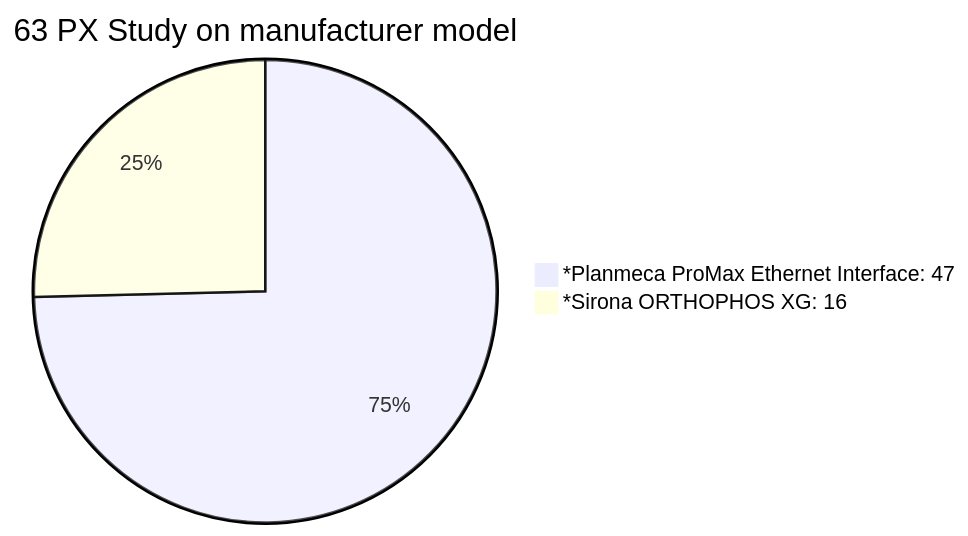
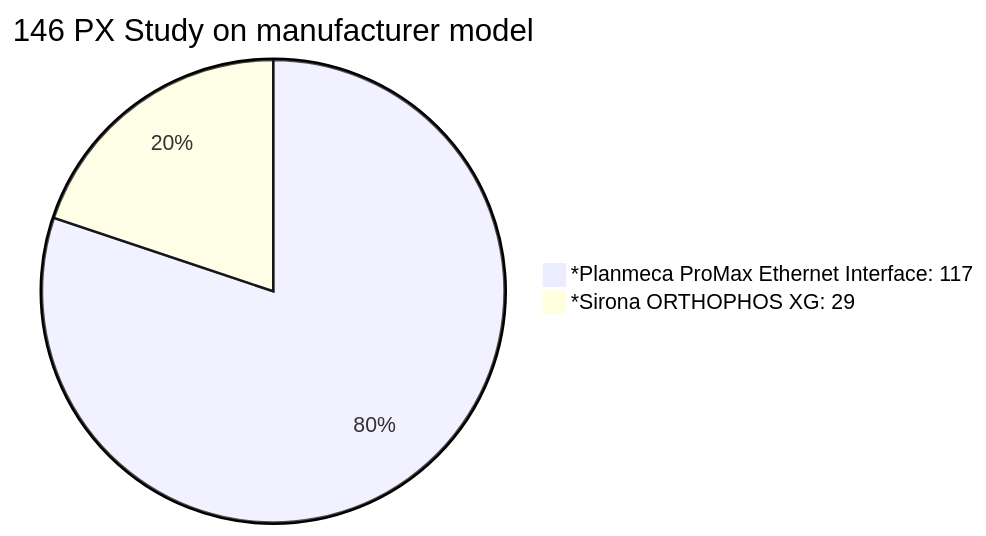
One commit to doidio/nonapx changed the third of 5 diagrams in SUMMARY.md. Above: the diagram before and after it, drawn with Mermaid. The commit also changed other lines of this file and 1 other file, not shown here.

Commit message:
chore: update modality distribution statistics and manufacturer model breakdown in SUMMARY.md

````diff
--- a/SUMMARY.md
+++ b/SUMMARY.md
@@ -37,5 +37,5 @@
 ```mermaid
-pie title 63 PX Study on manufacturer model
-    "*Planmeca ProMax Ethernet Interface: 47" : 47
-    "*Sirona ORTHOPHOS XG: 16" : 16
+pie title 146 PX Study on manufacturer model
+    "*Planmeca ProMax Ethernet Interface: 117" : 117
+    "*Sirona ORTHOPHOS XG: 29" : 29
 ```
````
